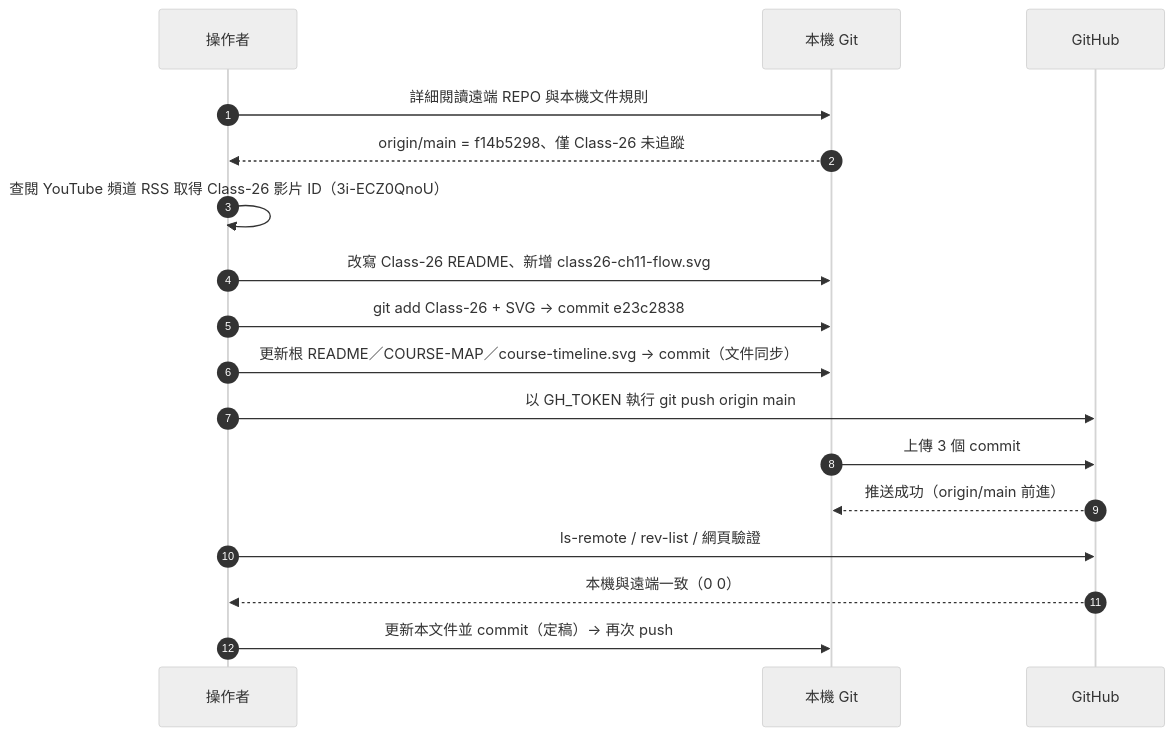
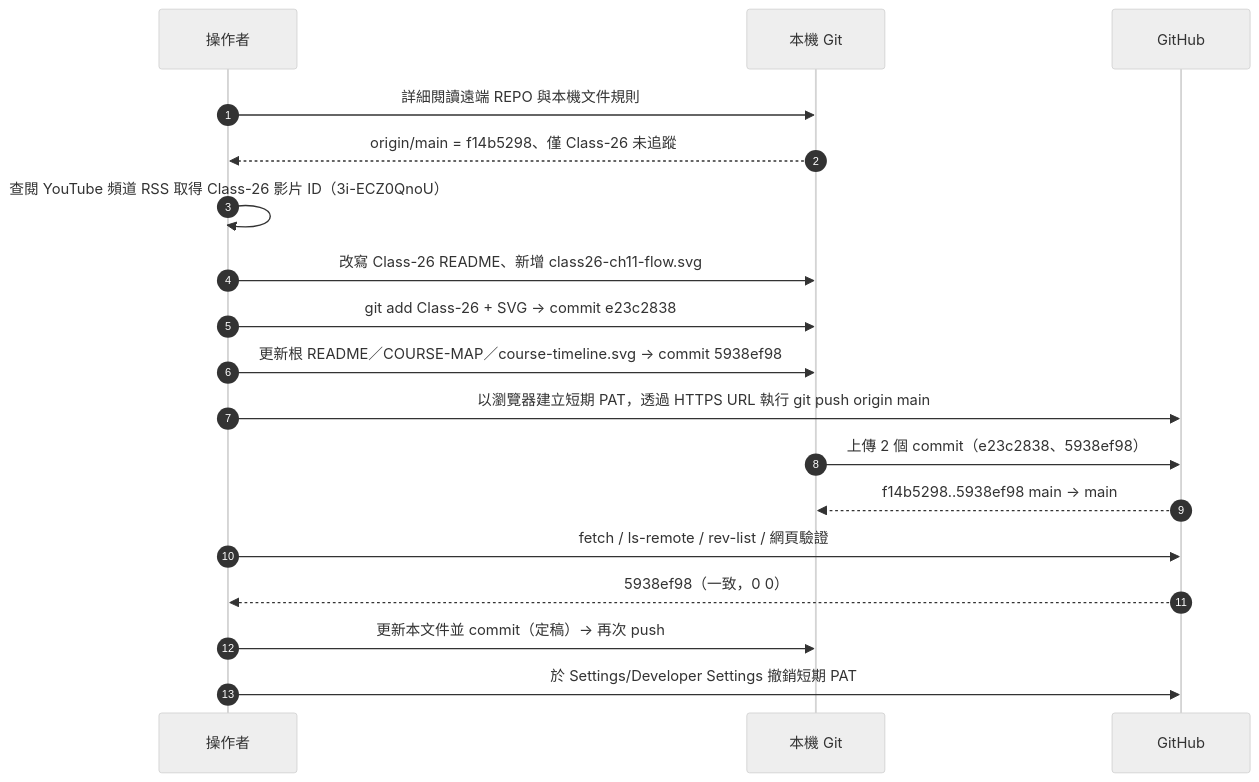
Before and after one commit to yd7148/INDUSTRY-4.0: the fifth of 6 diagrams in docs/PUSH-RECORD.md, drawn with Mermaid (neutral theme). The commit also changed other lines of this file, not shown here.

Commit message:
Finalize push record for Class-26 push

````diff
--- a/docs/PUSH-RECORD.md
+++ b/docs/PUSH-RECORD.md
@@ -229,19 +229,20 @@
 ```mermaid
 sequenceDiagram
     autonumber
     participant U as 操作者
     participant G as 本機 Git
     participant H as GitHub
     U->>G: 詳細閱讀遠端 REPO 與本機文件規則
     G-->>U: origin/main = f14b5298、僅 Class-26 未追蹤
     U->>U: 查閱 YouTube 頻道 RSS 取得 Class-26 影片 ID（3i-ECZ0QnoU）
     U->>G: 改寫 Class-26 README、新增 class26-ch11-flow.svg
     U->>G: git add Class-26 + SVG → commit e23c2838
-    U->>G: 更新根 README／COURSE-MAP／course-timeline.svg → commit（文件同步）
-    U->>H: 以 GH_TOKEN 執行 git push origin main
-    G->>H: 上傳 3 個 commit
-    H-->>G: 推送成功（origin/main 前進）
-    U->>H: ls-remote / rev-list / 網頁驗證
-    H-->>U: 本機與遠端一致（0 0）
+    U->>G: 更新根 README／COURSE-MAP／course-timeline.svg → commit 5938ef98
+    U->>H: 以瀏覽器建立短期 PAT，透過 HTTPS URL 執行 git push origin main
+    G->>H: 上傳 2 個 commit（e23c2838、5938ef98）
+    H-->>G: f14b5298..5938ef98 main -> main
+    U->>H: fetch / ls-remote / rev-list / 網頁驗證
+    H-->>U: 5938ef98（一致，0 0）
     U->>G: 更新本文件並 commit（定稿）→ 再次 push
+    U->>H: 於 Settings/Developer Settings 撤銷短期 PAT
 ```
````
